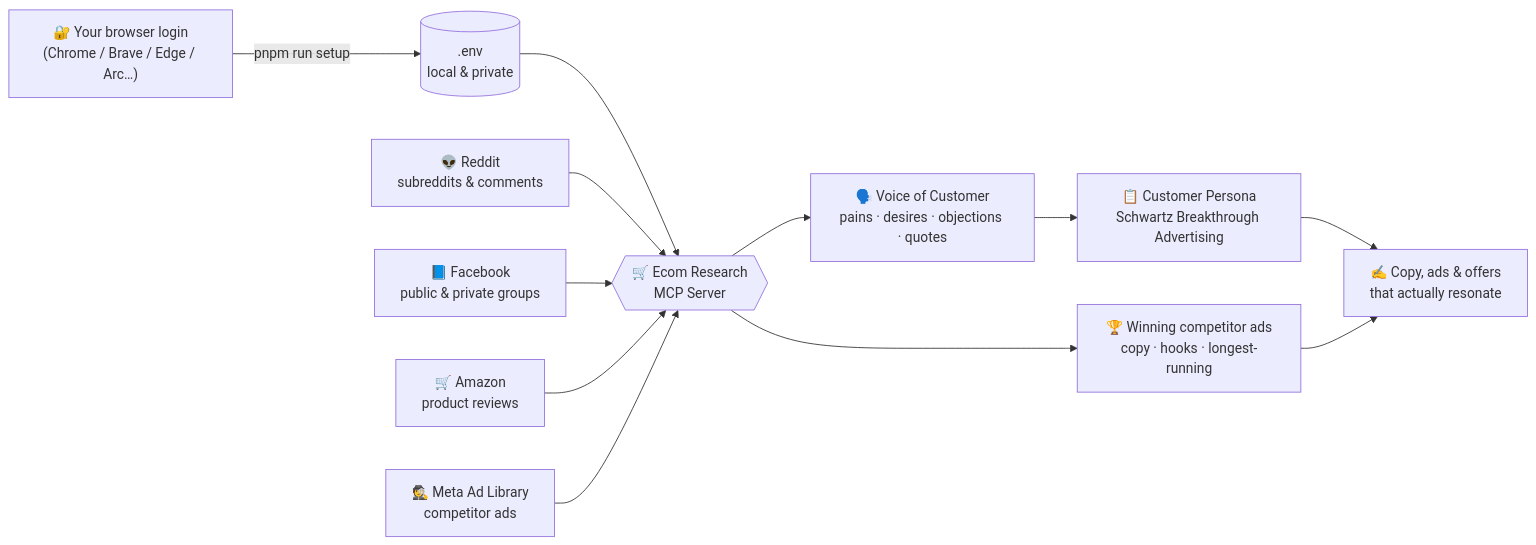
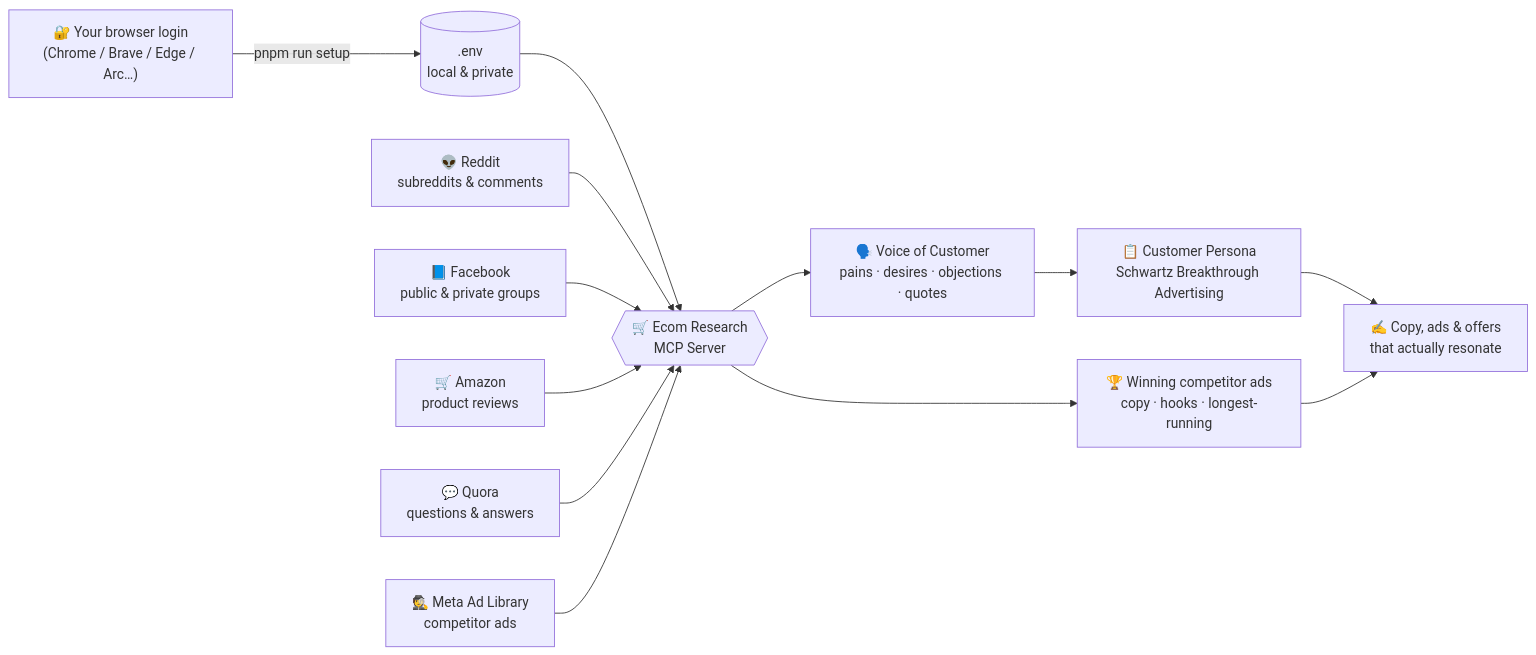
Before and after one commit to JelmerRoyalution/ecom-mcp-server: the diagram in README.md, drawn with Mermaid. The commit also changed other lines of this file and 12 other files, not shown here.

````diff
--- a/README.md
+++ b/README.md
@@ -204,14 +217,15 @@
 ```mermaid
 flowchart LR
     L["🔐 Your browser login<br/>(Chrome / Brave / Edge / Arc…)"] -->|"pnpm run setup"| ENV[(".env<br/>local & private")]
     ENV --> S{{"🛒 Ecom Research<br/>MCP Server"}}
     R["👽 Reddit<br/>subreddits & comments"] --> S
     F["📘 Facebook<br/>public & private groups"] --> S
     A["🛒 Amazon<br/>product reviews"] --> S
+    Q["💬 Quora<br/>questions & answers"] --> S
     M["🕵️ Meta Ad Library<br/>competitor ads"] --> S
     S --> V["🗣️ Voice of Customer<br/>pains · desires · objections · quotes"]
     S --> W["🏆 Winning competitor ads<br/>copy · hooks · longest-running"]
     V --> P["📋 Customer Persona<br/>Schwartz Breakthrough Advertising"]
     P --> C["✍️ Copy, ads & offers<br/>that actually resonate"]
     W --> C
 ```
````
